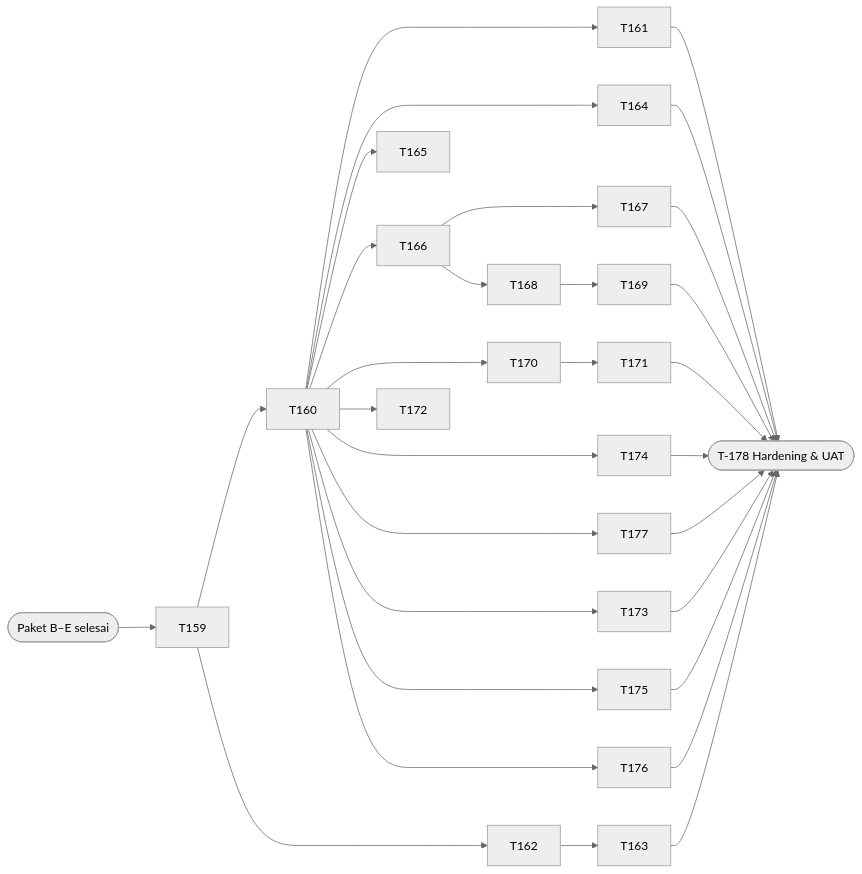
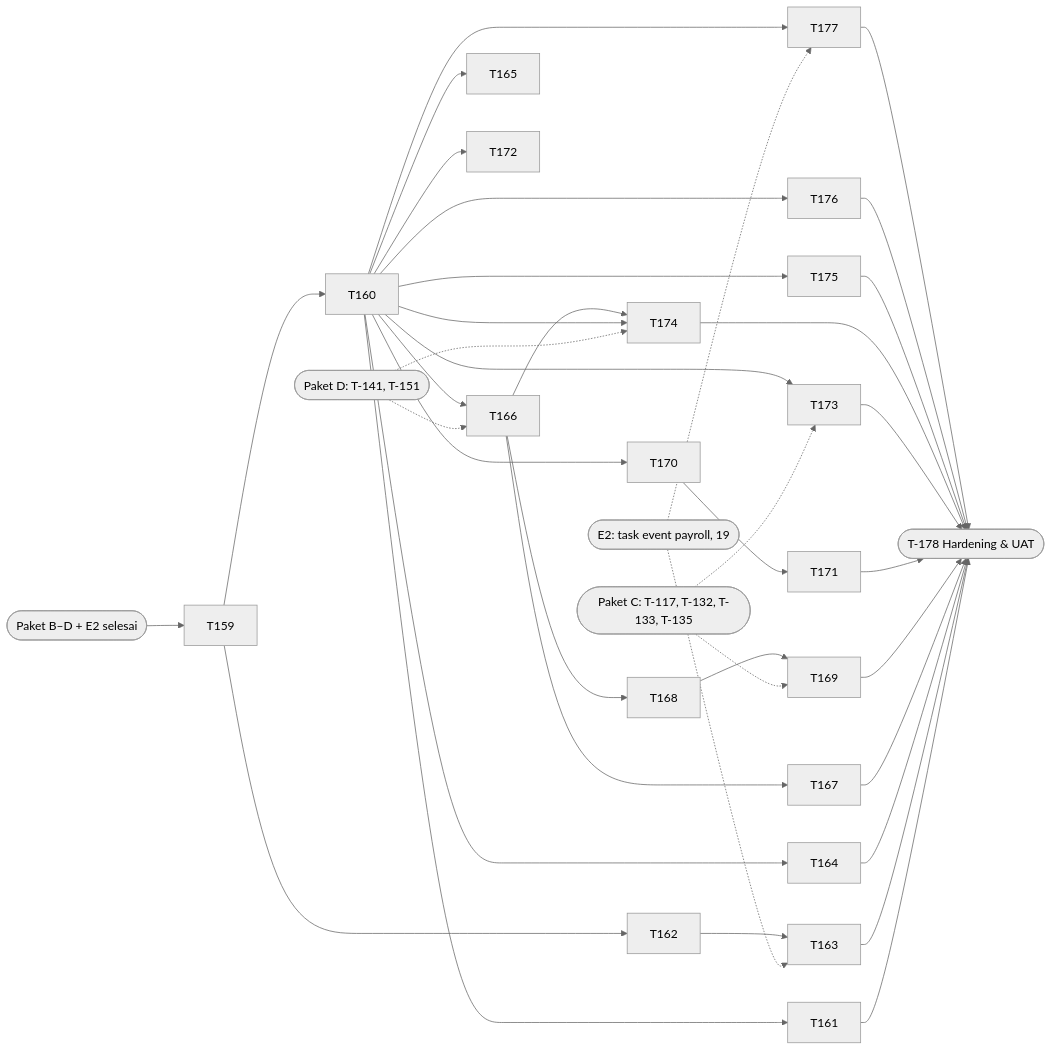
The diagram in TASKS_PAKET_F.md (masyasin/pakis), drawn with Mermaid (neutral theme) before and after one commit. The commit also changed other lines of this file and 3 other files, not shown here.

````diff
--- a/TASKS_PAKET_F.md
+++ b/TASKS_PAKET_F.md
@@ -16,13 +23,16 @@
 ```mermaid
 flowchart LR
-  PB([Paket B–E selesai]) --> T159 --> T160
+  PB([Paket B–D + E2 selesai]) --> T159 --> T160
+  PC([Paket C: T-117, T-132, T-133, T-135]) -.-> T169 & T173
+  PD([Paket D: T-141, T-151]) -.-> T166 & T174
+  PE2([E2: task event payroll, 19]) -.-> T163 & T177
   T160 --> T161 & T164 & T165 & T166 & T170 & T172 & T174 & T177
   T159 --> T162 --> T163
-  T166 --> T167 & T168
+  T166 --> T167 & T168 & T174
   T168 --> T169
   T170 --> T171
   T160 --> T173
   T160 --> T175
   T160 --> T176
   T161 & T163 & T164 & T167 & T169 & T171 & T173 & T174 & T175 & T176 & T177 --> T178([T-178 Hardening & UAT])
 ```
````
